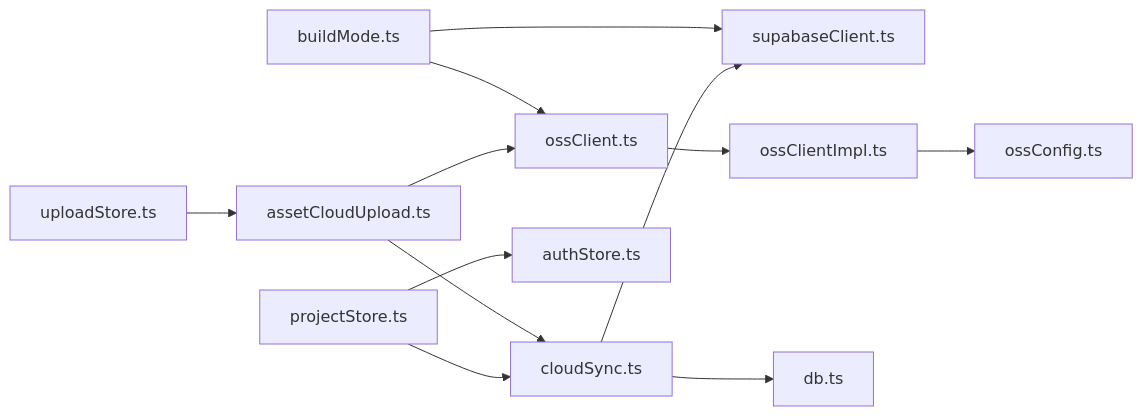
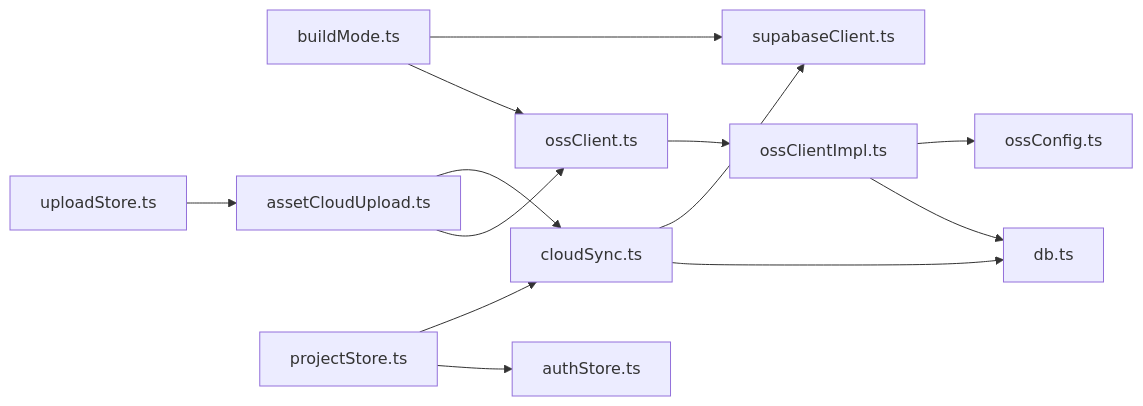
One commit to suqi-bot/SuQCanvas changed the fifth of 5 diagrams in .qoder/repowiki/zh/content/协作同步系统/云端同步.md. Above: the diagram before and after it, drawn with Mermaid. The commit also changed other lines of this file and 10 other files, not shown here.

````diff
--- a/.qoder/repowiki/zh/content/协作同步系统/云端同步.md
+++ b/.qoder/repowiki/zh/content/协作同步系统/云端同步.md
@@ -374,14 +402,15 @@
 ```mermaid
 graph LR
 BM["buildMode.ts"] --> SC["supabaseClient.ts"]
 BM --> OC["ossClient.ts"]
 OC --> OCI["ossClientImpl.ts"]
 OCI --> CFG["ossConfig.ts"]
+OCI --> DB["db.ts"]
 CS["cloudSync.ts"] --> SC
-CS --> DB["db.ts"]
+CS --> DB
 ACU["assetCloudUpload.ts"] --> CS
 ACU --> OC
 US["uploadStore.ts"] --> ACU
 PS["projectStore.ts"] --> CS
 PS --> AS["authStore.ts"]
 ```
````
